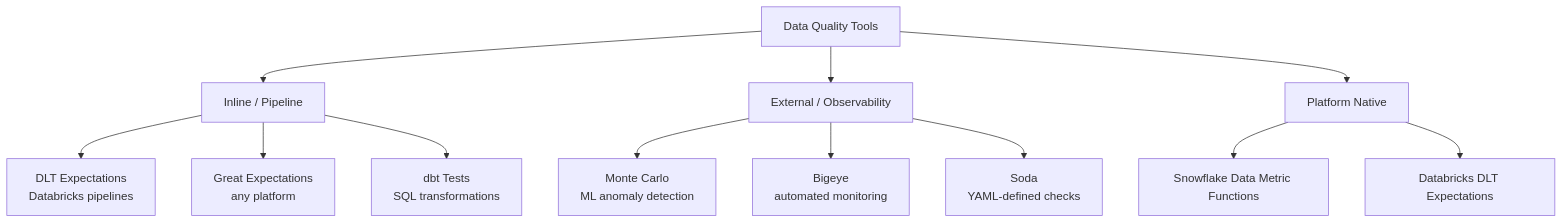
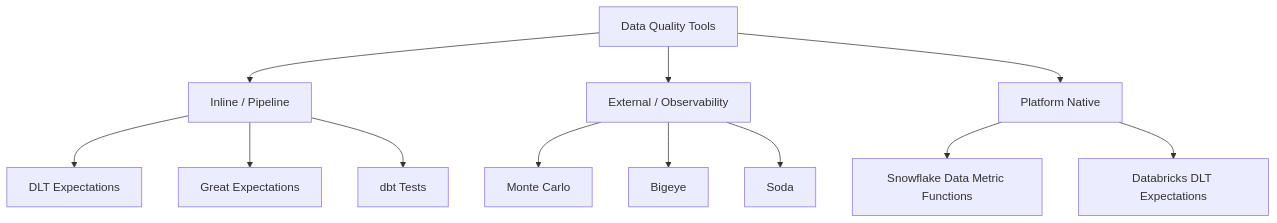
The diagram in 04-data-quality/03-dq-tools-overview.md (gcmishra7/data-engineering-helper), drawn with Mermaid before and after one commit. The commit also changed other lines of this file and 57 other files, not shown here.

First line of the commit message:
Shorten mermaid node labels to fix text truncation on GitHub

````diff
--- a/04-data-quality/03-dq-tools-overview.md
+++ b/04-data-quality/03-dq-tools-overview.md
@@ -8,17 +8,17 @@
 ```mermaid
 graph TD
     DQ[Data Quality Tools] --> INLINE[Inline / Pipeline]
     DQ --> EXTERNAL[External / Observability]
     DQ --> NATIVE[Platform Native]
 
-    INLINE --> DLT[DLT Expectations<br/>Databricks pipelines]
-    INLINE --> GX[Great Expectations<br/>any platform]
-    INLINE --> DBT[dbt Tests<br/>SQL transformations]
+    INLINE --> DLT[DLT Expectations]
+    INLINE --> GX[Great Expectations]
+    INLINE --> DBT[dbt Tests]
 
-    EXTERNAL --> MC[Monte Carlo<br/>ML anomaly detection]
-    EXTERNAL --> BIGEYE[Bigeye<br/>automated monitoring]
-    EXTERNAL --> SOD[Soda<br/>YAML-defined checks]
+    EXTERNAL --> MC[Monte Carlo]
+    EXTERNAL --> BIGEYE[Bigeye]
+    EXTERNAL --> SOD[Soda]
 
     NATIVE --> DMF[Snowflake Data Metric Functions]
     NATIVE --> DLT2[Databricks DLT Expectations]
 ```
````
